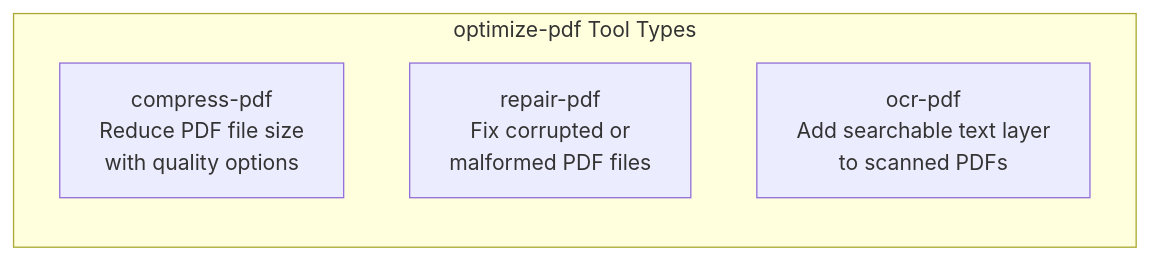
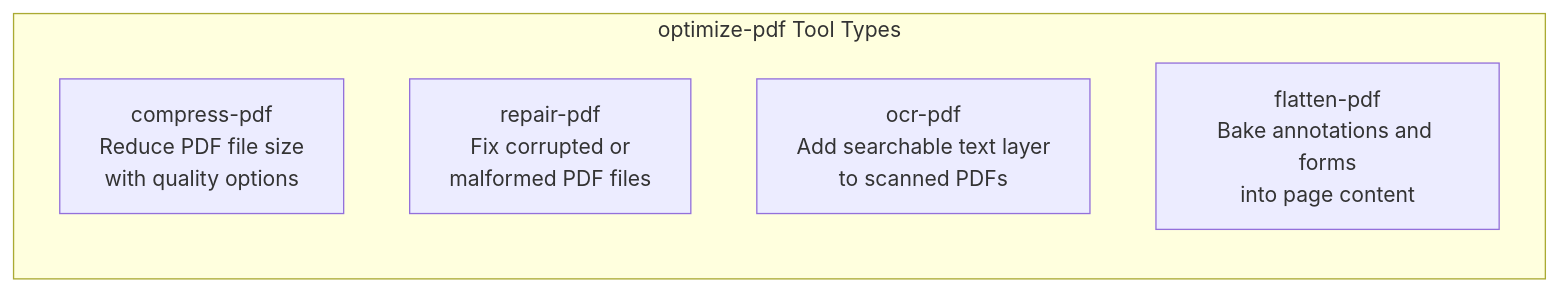
One commit to code-farms/fyredocs_backend changed the second of 3 diagrams in docs/developer/mermaid/service-optimize-pdf-architecture.md. Above: the diagram before and after it, drawn with Mermaid. The commit also changed other lines of this file and 28 other files, not shown here.

First line of the commit message:
feat: add pdf-metadata and flatten-pdf tools with validation and processing

````diff
--- a/docs/developer/mermaid/service-optimize-pdf-architecture.md
+++ b/docs/developer/mermaid/service-optimize-pdf-architecture.md
@@ -65,8 +67,9 @@
 ```mermaid
 graph LR
     subgraph Tools["optimize-pdf Tool Types"]
         A["compress-pdf<br/>Reduce PDF file size<br/>with quality options"]
         B["repair-pdf<br/>Fix corrupted or<br/>malformed PDF files"]
         C["ocr-pdf<br/>Add searchable text layer<br/>to scanned PDFs"]
+        D["flatten-pdf<br/>Bake annotations and forms<br/>into page content"]
     end
 ```
````
